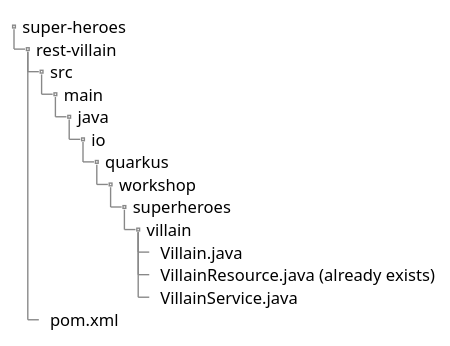
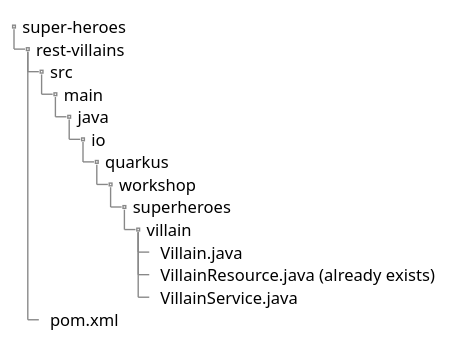
One commit to quarkusio/quarkus-workshops changed the diagram in quarkus-workshop-super-heroes/docs/src/main/asciidoc/1-rest/rest-orm.adoc. Above: the diagram before and after it, drawn with PlantUML. The commit also changed 5 other files, not shown here.

Commit message:
Fix rest-villains path in doc (missing the last s)

```diff
--- a/quarkus-workshop-super-heroes/docs/src/main/asciidoc/1-rest/rest-orm.adoc
+++ b/quarkus-workshop-super-heroes/docs/src/main/asciidoc/1-rest/rest-orm.adoc
@@ -15,24 +15,24 @@
 [plantuml]
 ----
 @startsalt
 {
 {
 T
 super-heroes
-+  rest-villain
++  rest-villains
 ++  src
 +++  main
 ++++  java
 +++++  io
 ++++++  quarkus
 +++++++  workshop
 ++++++++  superheroes
 +++++++++  villain
 ++++++++++  Villain.java
 ++++++++++  VillainResource.java (already exists)
 ++++++++++  VillainService.java
 ++  pom.xml
 }
 }
 @endsalt
 ----
```
